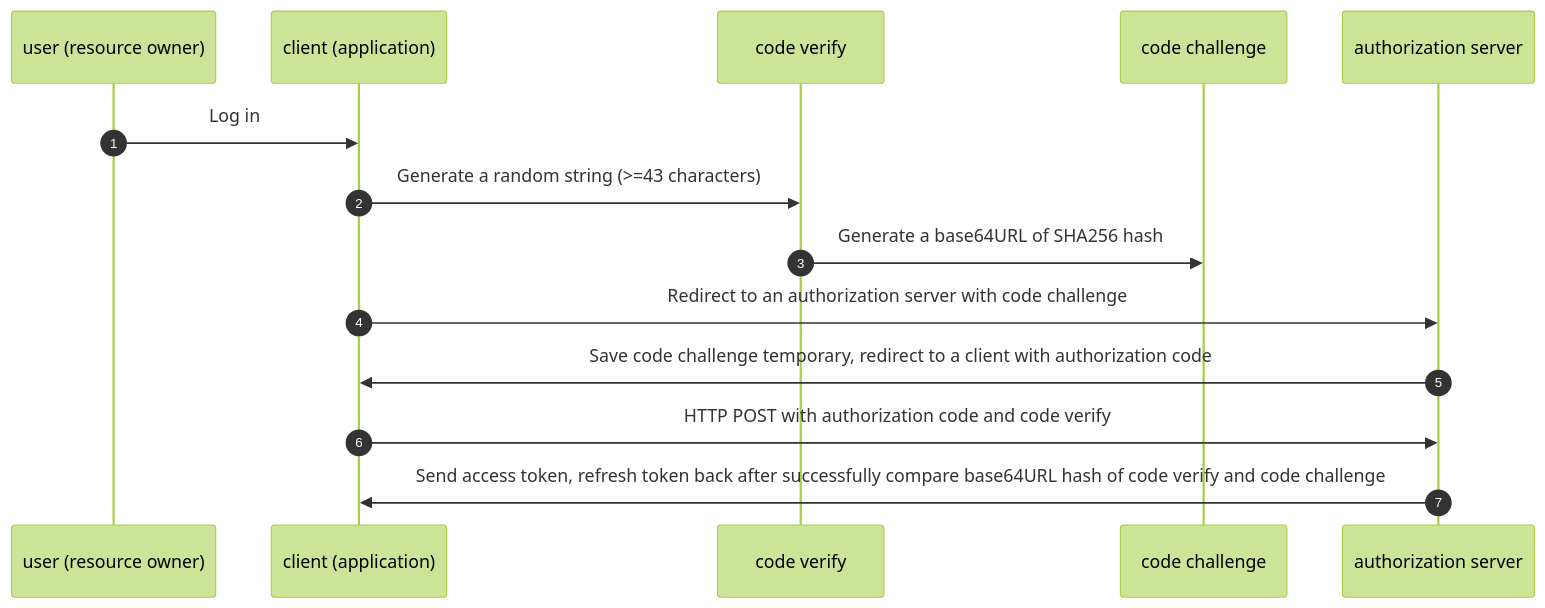
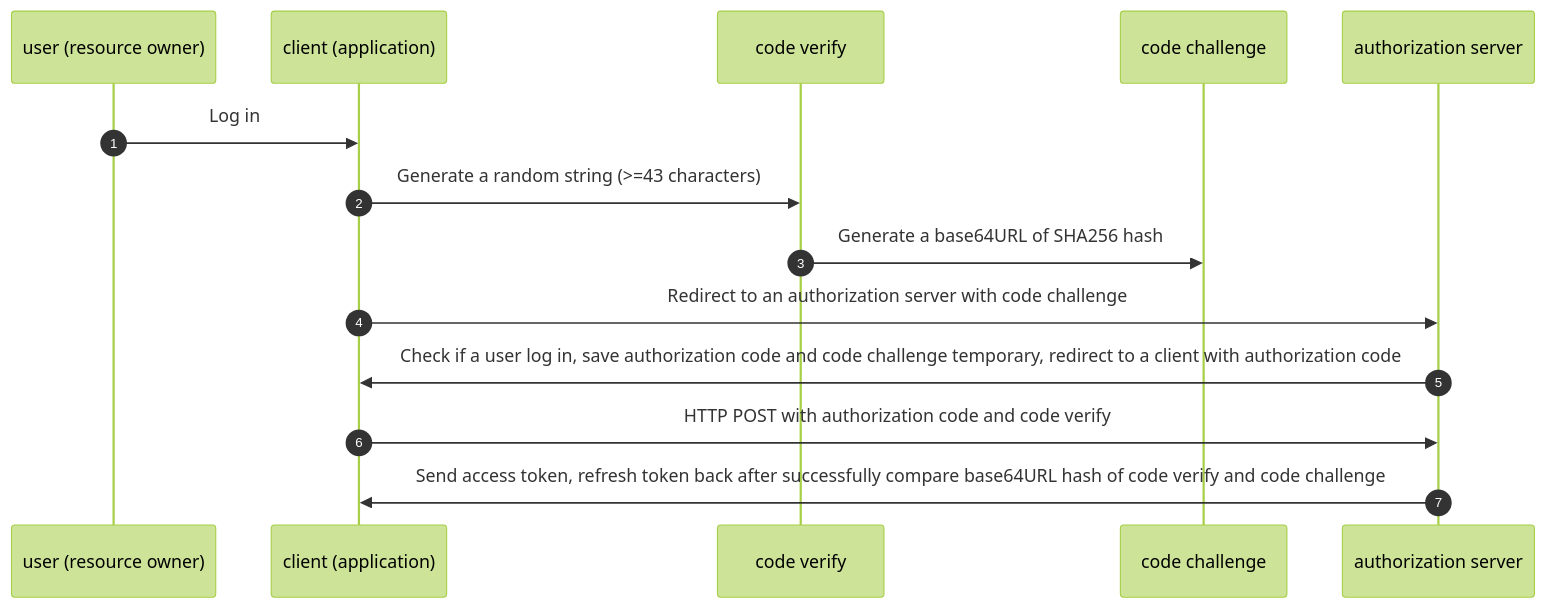
Before and after one commit to codesanook/codesanook-examples: the third of 3 diagrams in codesanook-examples-node-authorization-server/README.md, drawn with Mermaid (forest theme). The commit also changed other lines of this file, not shown here.

Commit message:
Add client credential and authorization code diagram

````diff
--- a/codesanook-examples-node-authorization-server/README.md
+++ b/codesanook-examples-node-authorization-server/README.md
@@ -11,17 +59,17 @@
 ```mermaid
 sequenceDiagram
   autonumber
   participant user as user (resource owner)
   participant client as client (application)
   participant verify as code verify
   participant challenge as code challenge
   participant server as authorization server
 
   user ->> client: Log in
   client ->> verify: Generate a random string (>=43 characters)
   verify ->> challenge: Generate a base64URL of SHA256 hash
   client ->> server: Redirect to an authorization server with code challenge 
-  server ->> client: Save code challenge temporary, redirect to a client with authorization code
+  server ->> client: Check if a user log in, save authorization code and code challenge temporary, redirect to a client with authorization code
   client ->> server: HTTP POST with authorization code and code verify
   server ->> client: Send access token, refresh token back after successfully compare base64URL hash of code verify and code challenge
 ```
````
